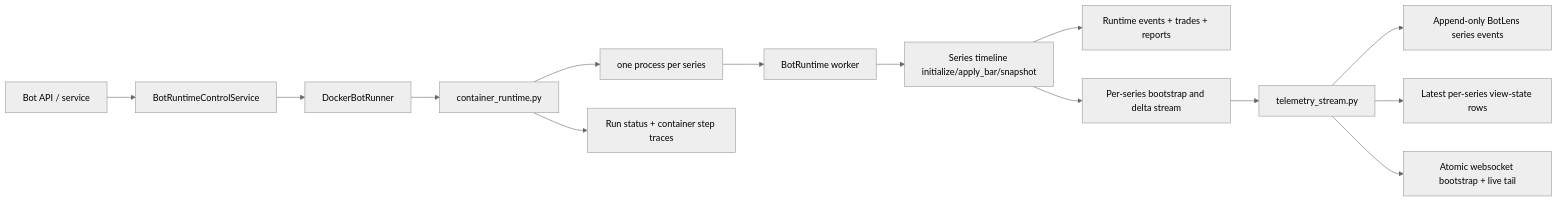
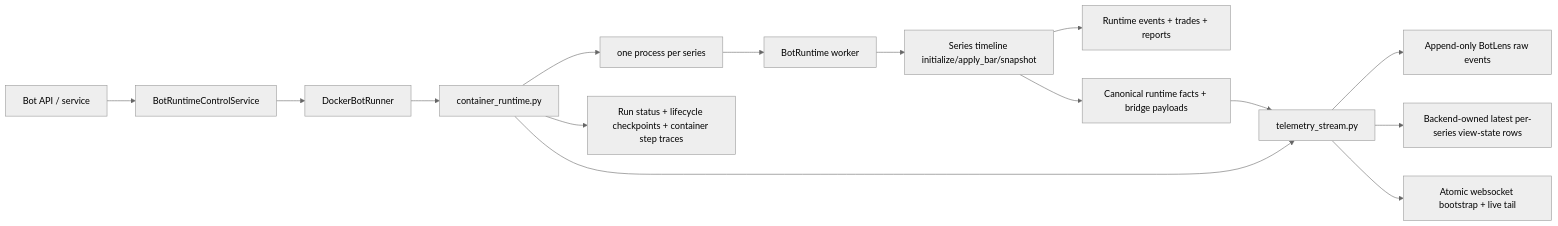
One commit to elijahbrookss/quant-trad changed the diagram in docs/architecture/runtime/BOT_RUNTIME_SERVICE_ARCHITECTURE.md. Above: the diagram before and after it, drawn with Mermaid (neutral theme). The commit also changed other lines of this file and 3 other files, not shown here.

Commit message:
docs: update architecture docs for botlens debugger and runtime service

````diff
--- a/docs/architecture/runtime/BOT_RUNTIME_SERVICE_ARCHITECTURE.md
+++ b/docs/architecture/runtime/BOT_RUNTIME_SERVICE_ARCHITECTURE.md
@@ -62,16 +64,17 @@
 ```mermaid
 flowchart LR
     A[Bot API / service] --> B[BotRuntimeControlService]
     B --> C[DockerBotRunner]
     C --> D[container_runtime.py]
     D --> E[one process per series]
     E --> F[BotRuntime worker]
     F --> G[Series timeline initialize/apply_bar/snapshot]
     G --> H[Runtime events + trades + reports]
-    G --> I[Per-series bootstrap and delta stream]
+    G --> I[Canonical runtime facts + bridge payloads]
     I --> J[telemetry_stream.py]
-    J --> K[Append-only BotLens series events]
-    J --> L[Latest per-series view-state rows]
+    D --> J
+    J --> K[Append-only BotLens raw events]
+    J --> L[Backend-owned latest per-series view-state rows]
     J --> M[Atomic websocket bootstrap + live tail]
-    D --> N[Run status + container step traces]
+    D --> N[Run status + lifecycle checkpoints + container step traces]
 ```
````
